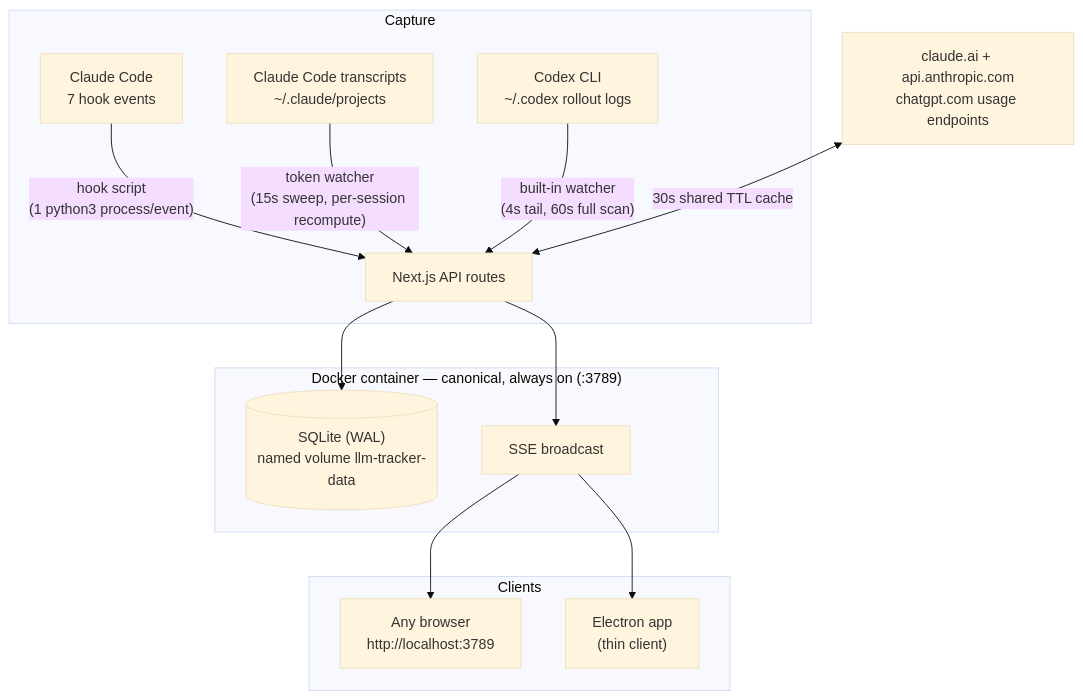
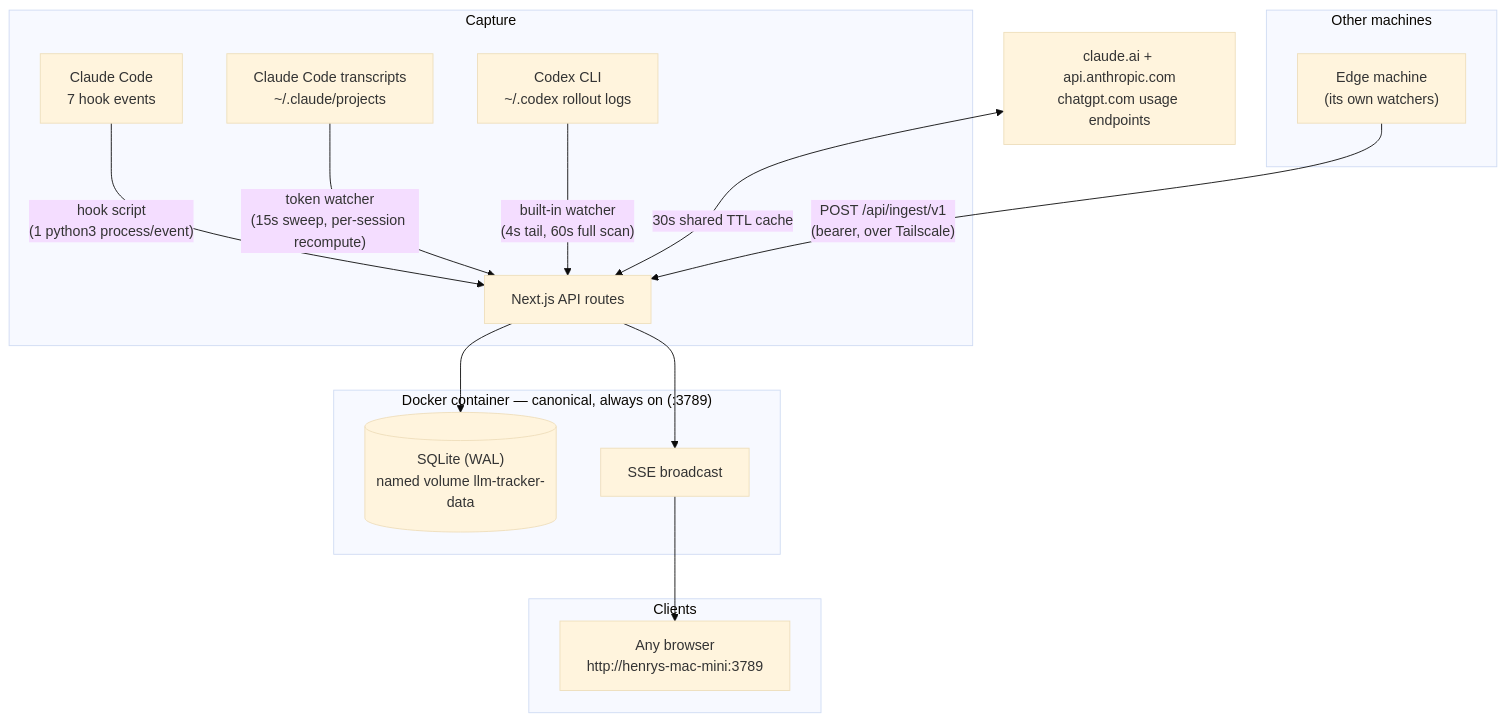
The diagram in README.md (ninedter/llm-usage-tracker), drawn with Mermaid (base theme) before and after one commit. The commit also changed other lines of this file and 26 other files, not shown here.

````diff
--- a/README.md
+++ b/README.md
@@ -95,22 +97,24 @@
 ```mermaid
 flowchart TB
     subgraph capture [Capture]
         CC["Claude Code<br/>7 hook events"] -->|"hook script<br/>(1 python3 process/event)"| API
         CT["Claude Code transcripts<br/>~/.claude/projects"] -->|"token watcher<br/>(15s sweep, per-session recompute)"| API
         CX["Codex CLI<br/>~/.codex rollout logs"] -->|"built-in watcher<br/>(4s tail, 60s full scan)"| API
     end
 
     subgraph docker ["Docker container — canonical, always on (:3789)"]
         API["Next.js API routes"] --> DB[("SQLite (WAL)<br/>named volume llm-tracker-data")]
         API --> SSE["SSE broadcast"]
     end
 
+    subgraph edges [Other machines]
+        EDGE["Edge machine<br/>(its own watchers)"] -->|"POST /api/ingest/v1<br/>(bearer, over Tailscale)"| API
+    end
+
     subgraph clients [Clients]
-        BROWSER["Any browser<br/>http://localhost:3789"]
-        ELECTRON["Electron app<br/>(thin client)"]
+        BROWSER["Any browser<br/>http://henrys-mac-mini:3789"]
     end
 
     SSE --> BROWSER
-    SSE --> ELECTRON
     UP["claude.ai + api.anthropic.com<br/>chatgpt.com usage endpoints"] <-->|"30s shared TTL cache"| API
 ```
````
